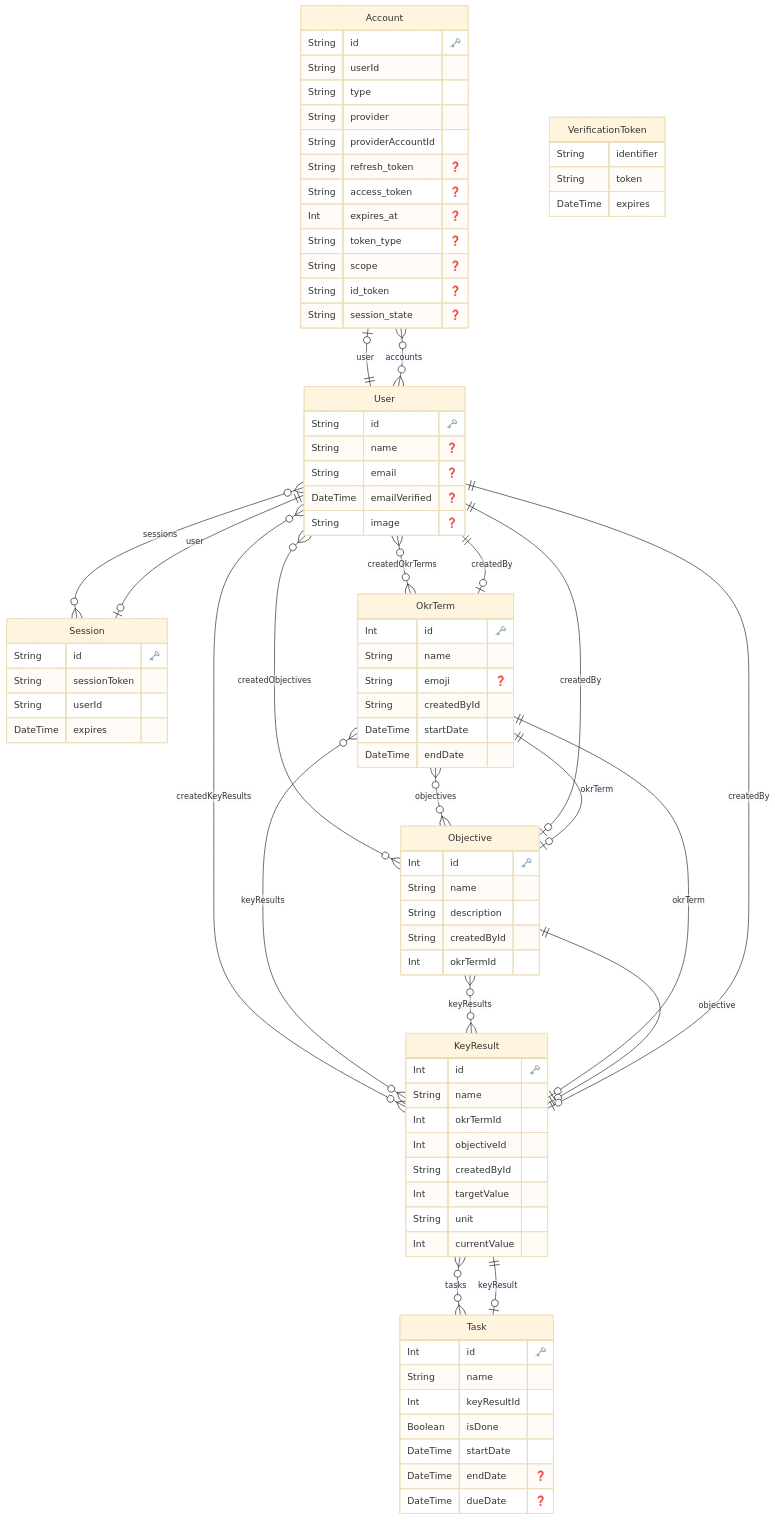
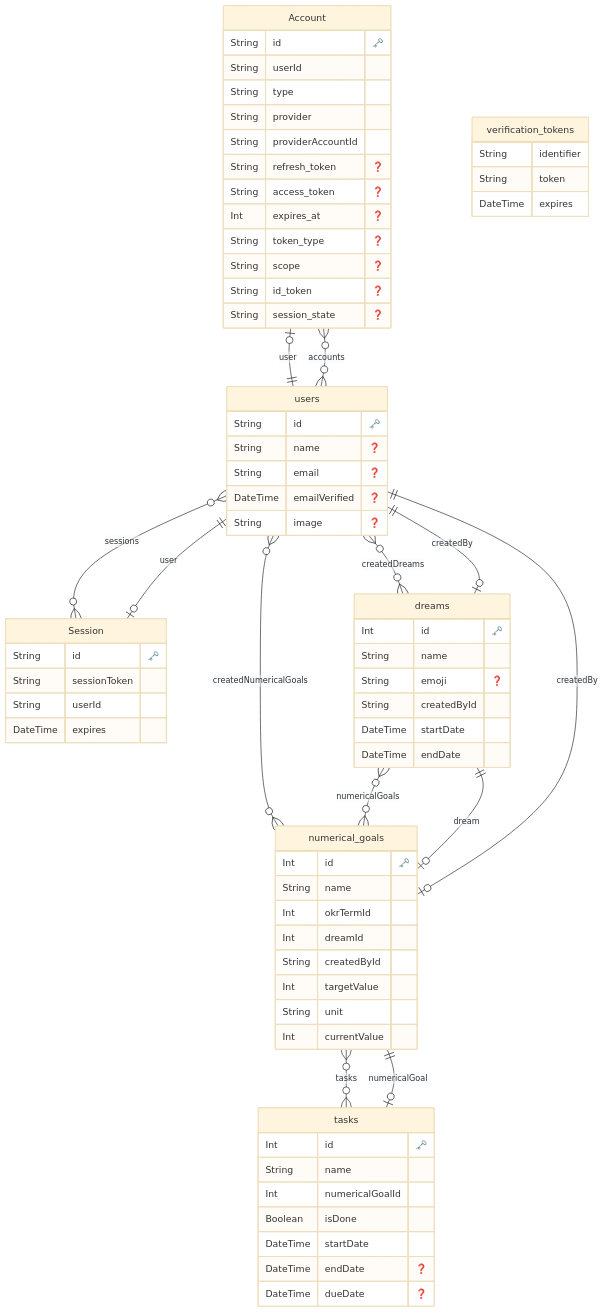
Before and after one commit to hiro-minami/moonshot: the diagram in prisma/ERD.md, drawn with Mermaid (base theme). The commit also changed 2 other files, not shown here.

Commit message:
chore: Refactor database table names and relationships

````diff
--- a/prisma/ERD.md
+++ b/prisma/ERD.md
@@ -25,7 +25,7 @@
     }
   
 
-  "User" {
+  "users" {
     String id "🗝️"
     String name "❓"
     String email "❓"
@@ -34,14 +34,14 @@
     }
   
 
-  "VerificationToken" {
+  "verification_tokens" {
     String identifier 
     String token 
     DateTime expires 
     }
   
 
-  "OkrTerm" {
+  "dreams" {
     Int id "🗝️"
     String name 
     String emoji "❓"
@@ -51,20 +51,11 @@
     }
   
 
-  "Objective" {
-    Int id "🗝️"
-    String name 
-    String description 
-    String createdById 
-    Int okrTermId 
-    }
-  
-
-  "KeyResult" {
+  "numerical_goals" {
     Int id "🗝️"
     String name 
     Int okrTermId 
-    Int objectiveId 
+    Int dreamId 
     String createdById 
     Int targetValue 
     String unit 
@@ -72,32 +63,26 @@
     }
   
 
-  "Task" {
+  "tasks" {
     Int id "🗝️"
     String name 
-    Int keyResultId 
+    Int numericalGoalId 
     Boolean isDone 
     DateTime startDate 
     DateTime endDate "❓"
     DateTime dueDate "❓"
     }
   
-    "Account" o|--|| "User" : "user"
-    "Session" o|--|| "User" : "user"
-    "User" o{--}o "Account" : "accounts"
-    "User" o{--}o "Session" : "sessions"
-    "User" o{--}o "OkrTerm" : "createdOkrTerms"
-    "User" o{--}o "Objective" : "createdObjectives"
-    "User" o{--}o "KeyResult" : "createdKeyResults"
-    "OkrTerm" o|--|| "User" : "createdBy"
-    "OkrTerm" o{--}o "Objective" : "objectives"
-    "OkrTerm" o{--}o "KeyResult" : "keyResults"
-    "Objective" o|--|| "User" : "createdBy"
-    "Objective" o|--|| "OkrTerm" : "okrTerm"
-    "Objective" o{--}o "KeyResult" : "keyResults"
-    "KeyResult" o|--|| "OkrTerm" : "okrTerm"
-    "KeyResult" o|--|| "Objective" : "objective"
-    "KeyResult" o|--|| "User" : "createdBy"
-    "KeyResult" o{--}o "Task" : "tasks"
-    "Task" o|--|| "KeyResult" : "keyResult"
+    "Account" o|--|| "users" : "user"
+    "Session" o|--|| "users" : "user"
+    "users" o{--}o "Account" : "accounts"
+    "users" o{--}o "Session" : "sessions"
+    "users" o{--}o "dreams" : "createdDreams"
+    "users" o{--}o "numerical_goals" : "createdNumericalGoals"
+    "dreams" o|--|| "users" : "createdBy"
+    "dreams" o{--}o "numerical_goals" : "numericalGoals"
+    "numerical_goals" o|--|| "dreams" : "dream"
+    "numerical_goals" o|--|| "users" : "createdBy"
+    "numerical_goals" o{--}o "tasks" : "tasks"
+    "tasks" o|--|| "numerical_goals" : "numericalGoal"
 ```
````
